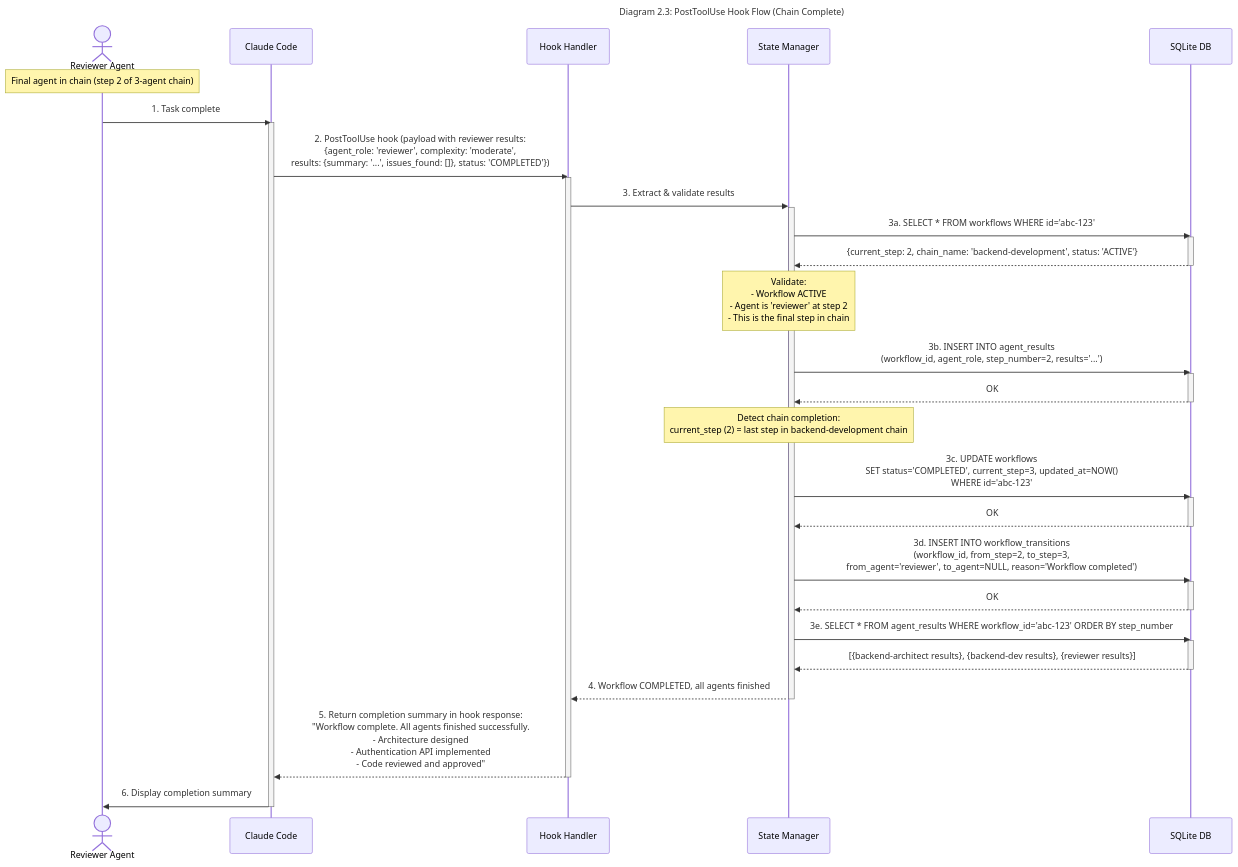
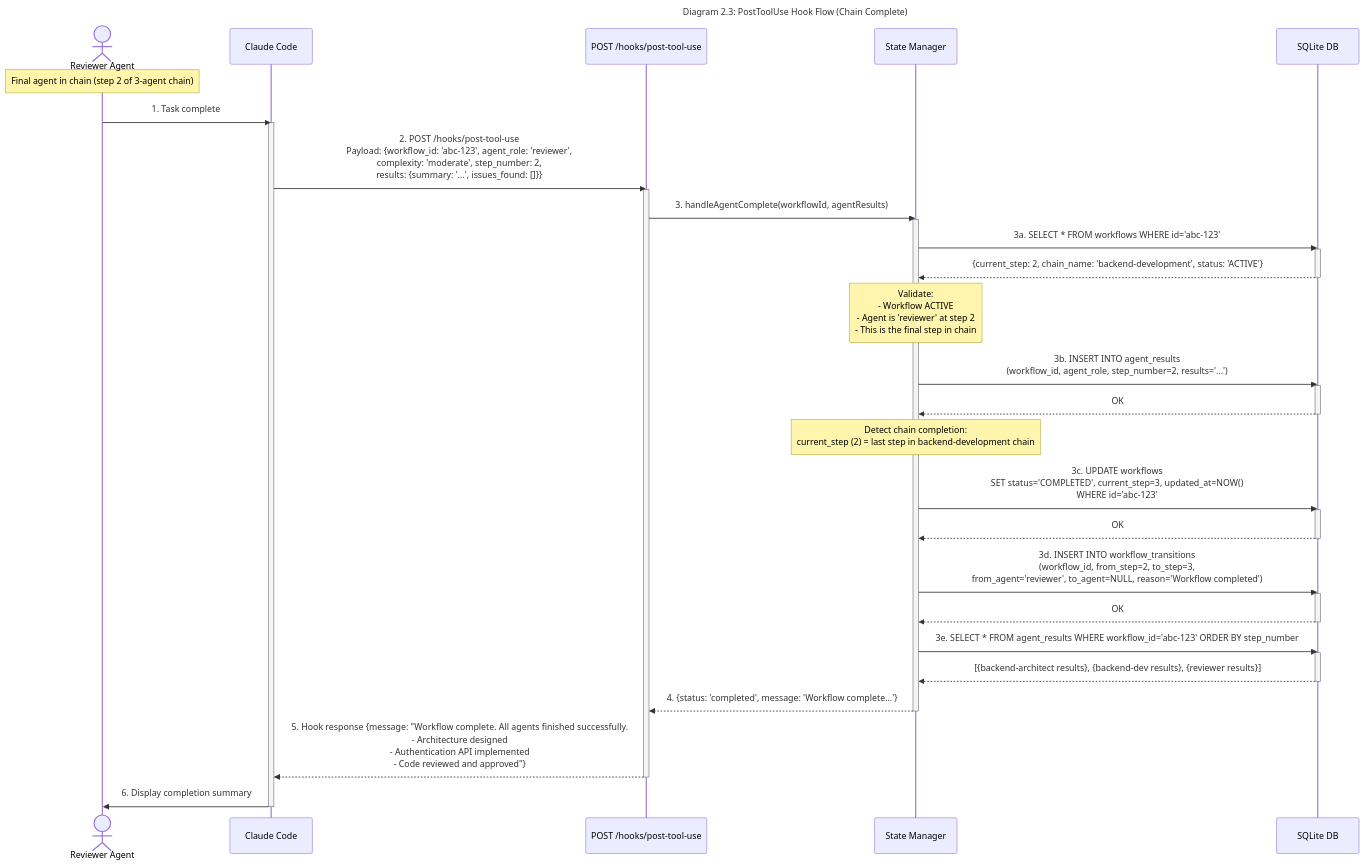
The seventh of 11 diagrams in docs/architecture.md (drevispas/ccorch), drawn with Mermaid before and after one commit. The commit also changed other lines of this file and 3 other files, not shown here.

First line of the commit message:
docs: fix PostToolUse hook architecture inconsistencies across all documentation

````diff
--- a/docs/architecture.md
+++ b/docs/architecture.md
@@ -461,59 +463,58 @@
 ```mermaid
 ---
 title: "Diagram 2.3: PostToolUse Hook Flow (Chain Complete)"
 ---
 sequenceDiagram
     actor Agent as Reviewer Agent
     participant CC as Claude Code
-    participant Hook as Hook Handler
+    participant Hook as POST /hooks/post-tool-use
     participant StateMgr as State Manager
     participant DB as SQLite DB
 
     Note over Agent: Final agent in chain (step 2 of 3-agent chain)
 
     Agent->>CC: 1. Task complete
     activate CC
-    CC->>Hook: 2. PostToolUse hook (payload with reviewer results:<br/>{agent_role: 'reviewer', complexity: 'moderate',<br/>results: {summary: '...', issues_found: []}, status: 'COMPLETED'})
+    CC->>Hook: 2. POST /hooks/post-tool-use<br/>Payload: {workflow_id: 'abc-123', agent_role: 'reviewer',<br/>complexity: 'moderate', step_number: 2,<br/>results: {summary: '...', issues_found: []}}
     activate Hook
 
-    Hook->>StateMgr: 3. Extract & validate results
+    Hook->>StateMgr: 3. handleAgentComplete(workflowId, agentResults)
     activate StateMgr
 
-    activate StateMgr
     StateMgr->>DB: 3a. SELECT * FROM workflows WHERE id='abc-123'
     activate DB
     DB-->>StateMgr: {current_step: 2, chain_name: 'backend-development', status: 'ACTIVE'}
     deactivate DB
 
     Note over StateMgr: Validate:<br/>- Workflow ACTIVE<br/>- Agent is 'reviewer' at step 2<br/>- This is the final step in chain
 
     StateMgr->>DB: 3b. INSERT INTO agent_results<br/>(workflow_id, agent_role, step_number=2, results='...')
     activate DB
     DB-->>StateMgr: OK
     deactivate DB
 
     Note over StateMgr: Detect chain completion:<br/>current_step (2) = last step in backend-development chain
 
     StateMgr->>DB: 3c. UPDATE workflows<br/>SET status='COMPLETED', current_step=3, updated_at=NOW()<br/>WHERE id='abc-123'
     activate DB
     DB-->>StateMgr: OK
     deactivate DB
 
     StateMgr->>DB: 3d. INSERT INTO workflow_transitions<br/>(workflow_id, from_step=2, to_step=3,<br/>from_agent='reviewer', to_agent=NULL, reason='Workflow completed')
     activate DB
     DB-->>StateMgr: OK
     deactivate DB
 
     StateMgr->>DB: 3e. SELECT * FROM agent_results WHERE workflow_id='abc-123' ORDER BY step_number
     activate DB
     DB-->>StateMgr: [{backend-architect results}, {backend-dev results}, {reviewer results}]
     deactivate DB
 
-    StateMgr-->>Hook: 4. Workflow COMPLETED, all agents finished
+    StateMgr-->>Hook: 4. {status: 'completed', message: 'Workflow complete...'}
     deactivate StateMgr
 
-    Hook-->>CC: 5. Return completion summary in hook response:<br/>"Workflow complete. All agents finished successfully.<br/>- Architecture designed<br/>- Authentication API implemented<br/>- Code reviewed and approved"
+    Hook-->>CC: 5. Hook response {message: "Workflow complete. All agents finished successfully.<br/>- Architecture designed<br/>- Authentication API implemented<br/>- Code reviewed and approved"}
     deactivate Hook
     CC->>Agent: 6. Display completion summary
     deactivate CC
 ```
````
